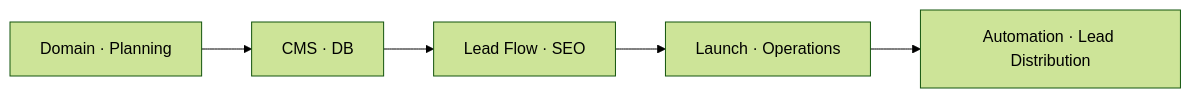
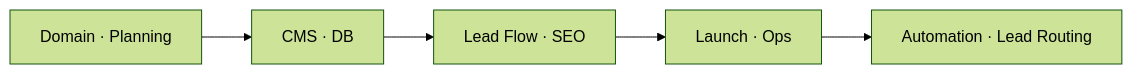
One commit to dalgoms/dalgoms changed the second of 2 diagrams in README_EN.md. Above: the diagram before and after it, drawn with Mermaid (forest theme). The commit also changed other lines of this file and 1 other file, not shown here.

````diff
--- a/README_EN.md
+++ b/README_EN.md
@@ -156,7 +135,7 @@
 ```mermaid
 flowchart LR
   A["Domain · Planning"] --> B["CMS · DB"]
   B --> C["Lead Flow · SEO"]
-  C --> D["Launch · Operations"]
-  D --> E["Automation · Lead Distribution"]
+  C --> D["Launch · Ops"]
+  D --> E["Automation · Lead Routing"]
 ```
````
